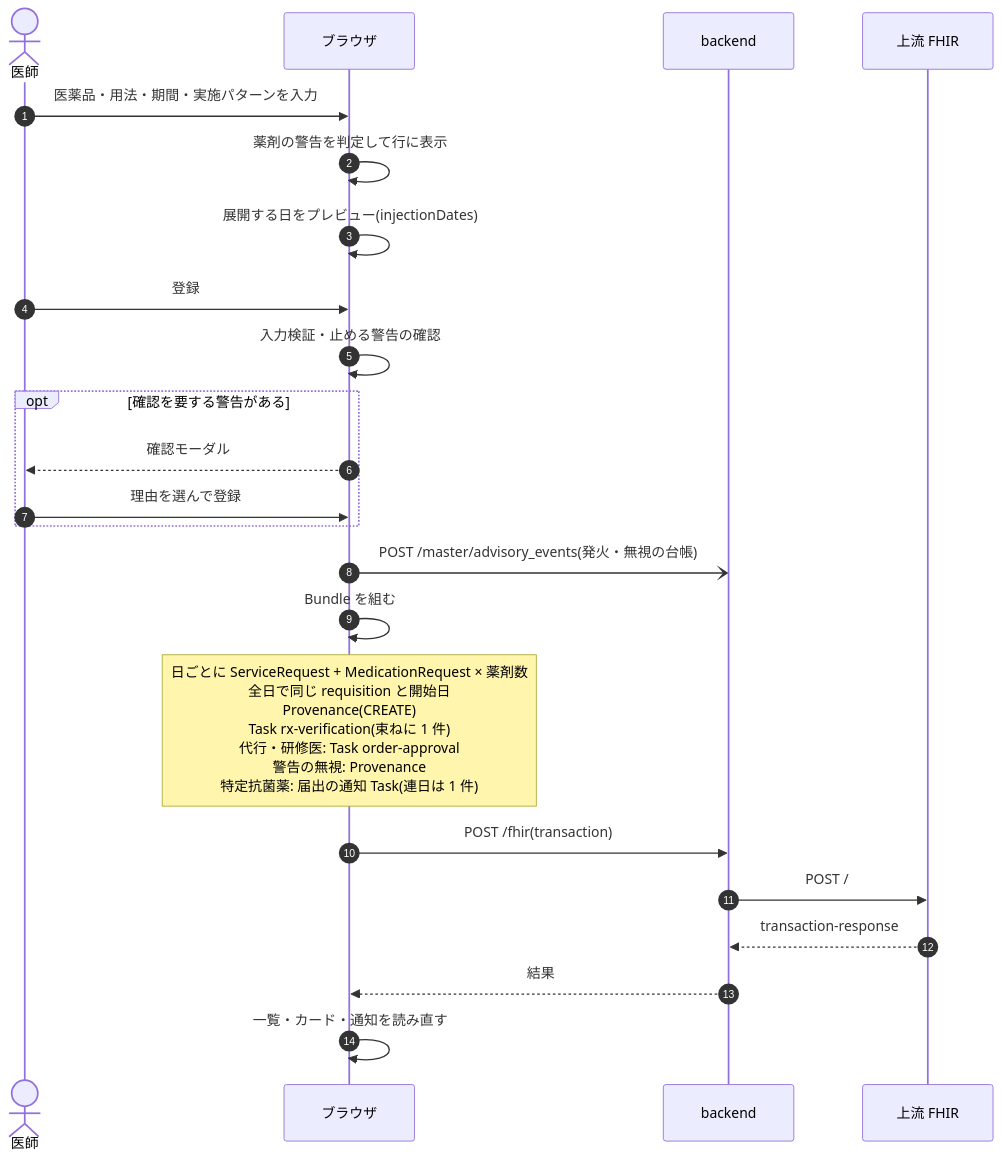
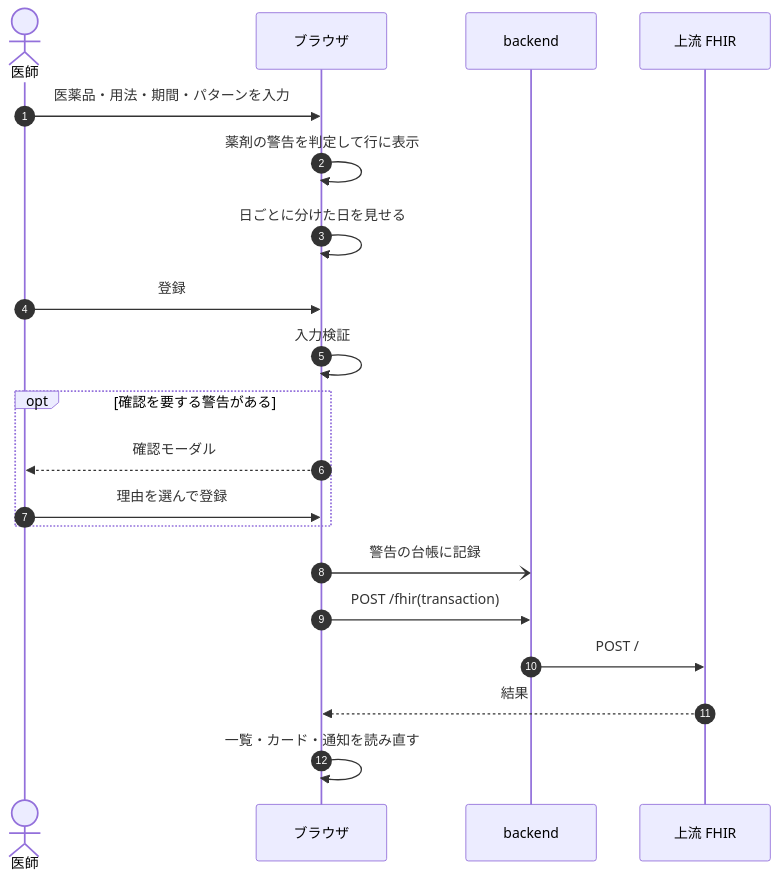
One commit to ysnr-dev/fhir-client-docs changed the first of 9 diagrams in docs/dev/injection.md. Above: the diagram before and after it, drawn with Mermaid. The commit also changed other lines of this file and 43 other files, not shown here.

Commit message:
docs: 業務フローとシーケンス図を写し直し

````diff
--- a/docs/dev/injection.md
+++ b/docs/dev/injection.md
@@ -36,26 +81,23 @@
 ```mermaid
 sequenceDiagram
   autonumber
   actor Dr as 医師
   participant UI as ブラウザ
   participant BE as backend
   participant FHIR as 上流 FHIR
 
-  Dr->>UI: 医薬品・用法・期間・実施パターンを入力
+  Dr->>UI: 医薬品・用法・期間・パターンを入力
   UI->>UI: 薬剤の警告を判定して行に表示
-  UI->>UI: 展開する日をプレビュー(injectionDates)
+  UI->>UI: 日ごとに分けた日を見せる
   Dr->>UI: 登録
-  UI->>UI: 入力検証・止める警告の確認
+  UI->>UI: 入力検証
   opt 確認を要する警告がある
     UI-->>Dr: 確認モーダル
     Dr->>UI: 理由を選んで登録
   end
-  UI-)BE: POST /master/advisory_events(発火・無視の台帳)
-  UI->>UI: Bundle を組む
-  Note over UI: 日ごとに ServiceRequest + MedicationRequest × 薬剤数<br/>全日で同じ requisition と開始日<br/>Provenance(CREATE)<br/>Task rx-verification(束ねに 1 件)<br/>代行・研修医: Task order-approval<br/>警告の無視: Provenance<br/>特定抗菌薬: 届出の通知 Task(連日は 1 件)
+  UI-)BE: 警告の台帳に記録
   UI->>BE: POST /fhir(transaction)
   BE->>FHIR: POST /
-  FHIR-->>BE: transaction-response
-  BE-->>UI: 結果
+  FHIR-->>UI: 結果
   UI->>UI: 一覧・カード・通知を読み直す
 ```
````
